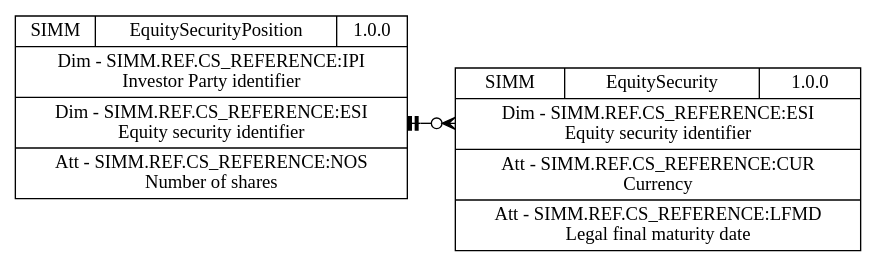
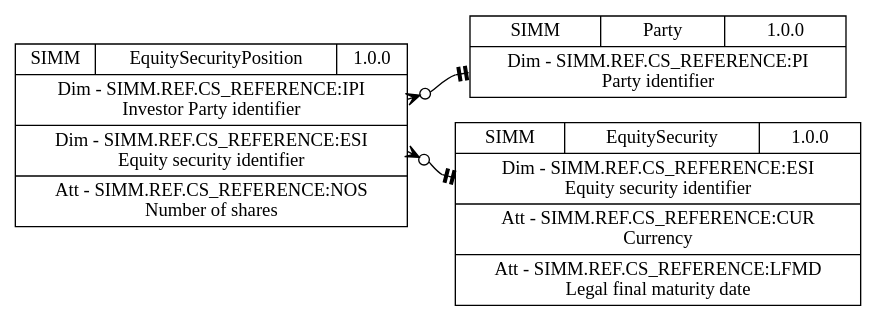
One commit to brainwasher/sdmxtube changed the diagram in sdmx2gv/structuremap2erm.gv. Above: the diagram before and after it, drawn with Graphviz. The commit also changed 5 other files, not shown here.

```diff
--- a/sdmx2gv/structuremap2erm.gv
+++ b/sdmx2gv/structuremap2erm.gv
@@ -1,108 +1,92 @@
 digraph DependecyMap { rankdir=LR;
-  
-  
 			
 			"SIMM:EquitySecurity(1.0.0)"
 			[shape=record,
 				tooltip="SIMM:EquitySecurity(1.0.0)",
-				URL="https://registry.sdmx.org/ws/public/sdmxapi/rest/datastructure/SIMM/EquitySecurity/1.0.0",
+				URL="http://localhost:8080/FusionRegistry-10.3.5/ws/public/sdmxapi/rest/datastructure/SIMM/EquitySecurity/1.0.0",
 				target=_blank,
 				label="
 					{SIMM|EquitySecurity|1.0.0}
 					
 		|{
 			<ESI> 
 			Dim - 
 			SIMM.REF.CS_REFERENCE:ESI
-			\n
-          Equity security identifier
-          
-            
-          
-        
+			\nEquity security identifier
 		}
 	
 		|{
 			<CUR> 
 			Att - 
 			SIMM.REF.CS_REFERENCE:CUR
-			\n
-          Currency
-          
-            
-              
-            
-          
-        
+			\nCurrency
 		}
 	
 		|{
 			<LFMD> 
 			Att - 
 			SIMM.REF.CS_REFERENCE:LFMD
-			\n
-          Legal final maturity date
-          
-            
-          
-        
+			\nLegal final maturity date
 		}
 	
 				",
 			];
 		
 			
 			"SIMM:EquitySecurityPosition(1.0.0)"
 			[shape=record,
 				tooltip="SIMM:EquitySecurityPosition(1.0.0)",
-				URL="https://registry.sdmx.org/ws/public/sdmxapi/rest/datastructure/SIMM/EquitySecurityPosition/1.0.0",
+				URL="http://localhost:8080/FusionRegistry-10.3.5/ws/public/sdmxapi/rest/datastructure/SIMM/EquitySecurityPosition/1.0.0",
 				target=_blank,
 				label="
 					{SIMM|EquitySecurityPosition|1.0.0}
 					
 		|{
 			<IPI> 
 			Dim - 
 			SIMM.REF.CS_REFERENCE:IPI
-			\n
-          Investor Party identifier
-          
-            
-          
-        
+			\nInvestor Party identifier
 		}
 	
 		|{
 			<ESI> 
 			Dim - 
 			SIMM.REF.CS_REFERENCE:ESI
-			\n
-          Equity security identifier
-          
-            
-          
-        
+			\nEquity security identifier
 		}
 	
 		|{
 			<NOS> 
 			Att - 
 			SIMM.REF.CS_REFERENCE:NOS
-			\n
-          Number of shares
-          
-            
-          
-        
+			\nNumber of shares
+		}
+	
+				",
+			];
+		
+			
+			"SIMM:Party(1.0.0)"
+			[shape=record,
+				tooltip="SIMM:Party(1.0.0)",
+				URL="http://localhost:8080/FusionRegistry-10.3.5/ws/public/sdmxapi/rest/datastructure/SIMM/Party/1.0.0",
+				target=_blank,
+				label="
+					{SIMM|Party|1.0.0}
+					
+		|{
+			<PI> 
+			Dim - 
+			SIMM.REF.CS_REFERENCE:PI
+			\nParty identifier
 		}
 	
 				",
 			];
 		
 			"SIMM:EquitySecurityPosition(1.0.0)":ESI
 			->
-			"SIMM:EquitySecurity(1.0.0)":ESI
-			
-			
-			[dir="both" arrowhead="crowodot", arrowtail="teetee"]
-		}
+			"SIMM:EquitySecurity(1.0.0)":ESI [dir="both"  arrowtail="crowodot"  arrowhead="teetee" ] 
+			"SIMM:EquitySecurityPosition(1.0.0)":IPI
+			->
+			"SIMM:Party(1.0.0)":PI [dir="both"  arrowtail="crowodot"  arrowhead="teetee" ] }
```
